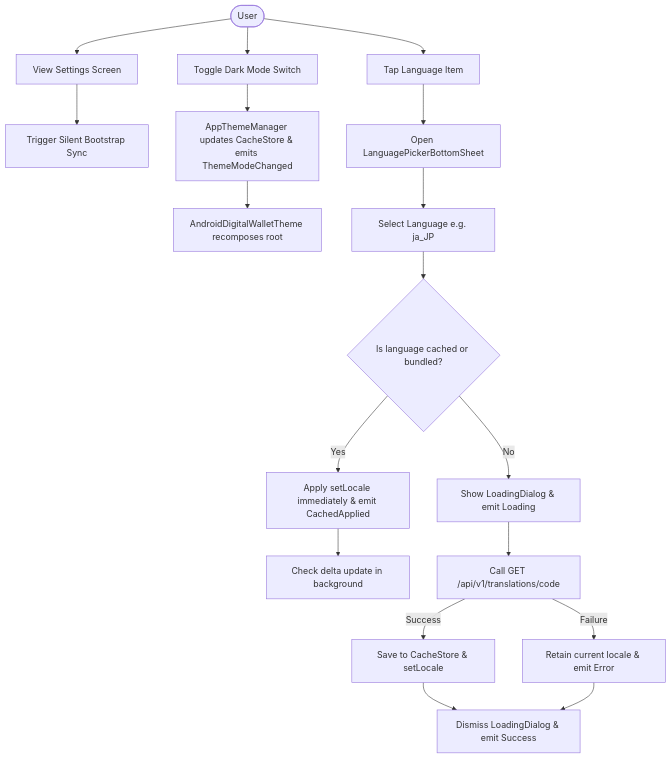
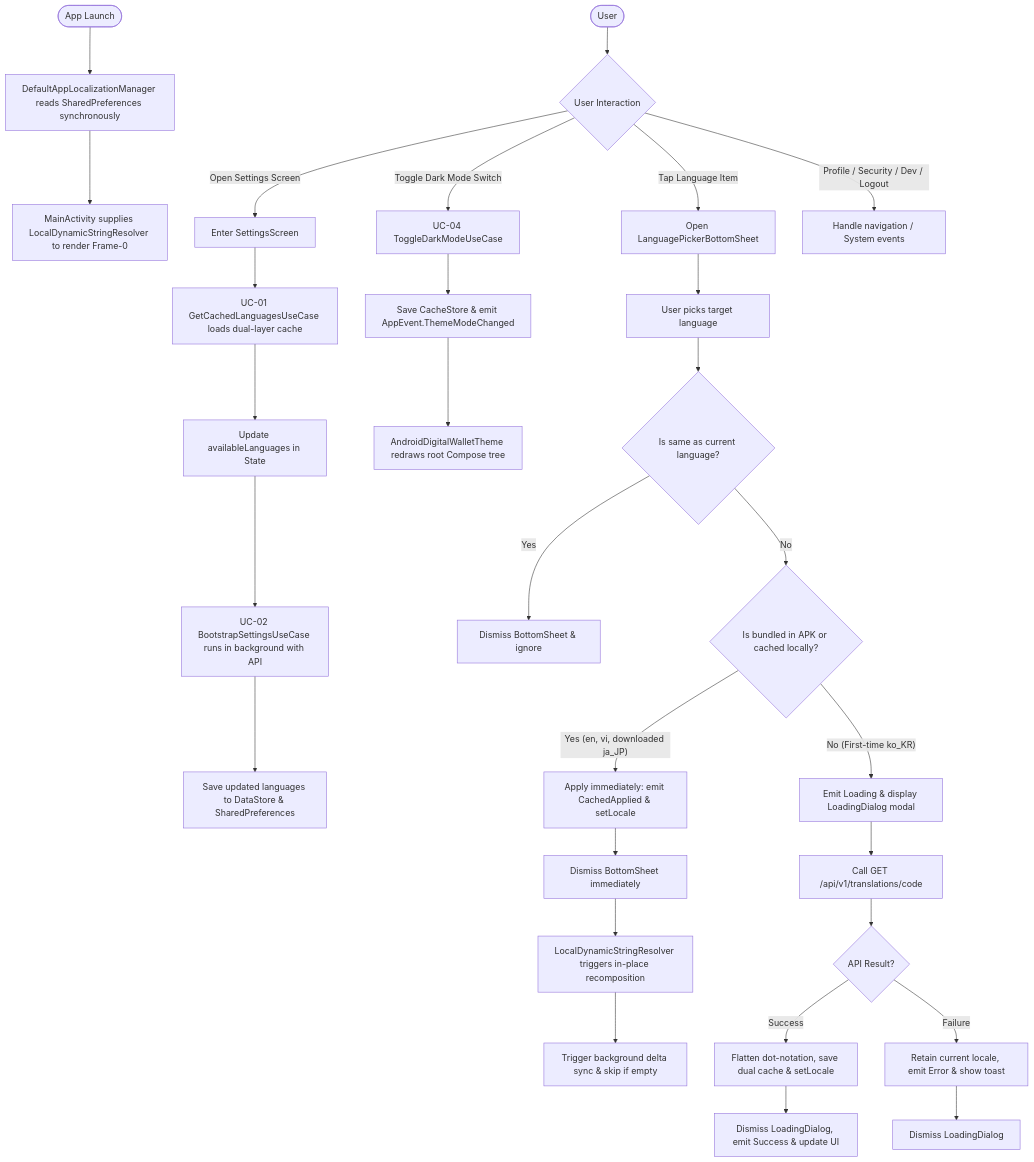
Before and after one commit to DanhDue/android_digital_wallet: the third of 6 diagrams in .devtool/epic/settings_language_darkmode/settings_language_darkmode.en.md, drawn with Mermaid. The commit also changed other lines of this file and 61 other files, not shown here.

Commit message:
[SETTINGS-LANGUAGE-DARKMODE] fix bugs and update use cases.

````diff
--- a/.devtool/epic/settings_language_darkmode/settings_language_darkmode.en.md
+++ b/.devtool/epic/settings_language_darkmode/settings_language_darkmode.en.md
@@ -62,24 +107,39 @@
 ```mermaid
 flowchart TD
-    User([User]) --> ViewSettings[View Settings Screen]
-    ViewSettings --> SilentBootstrap[Trigger Silent Bootstrap Sync]
+    StartApp([App Launch]) --> ColdStartInit[DefaultAppLocalizationManager reads SharedPreferences synchronously]
+    ColdStartInit --> RenderFrame0[MainActivity supplies LocalDynamicStringResolver to render Frame-0]
     
-    User --> ToggleTheme[Toggle Dark Mode Switch]
-    ToggleTheme --> AppThemeMgr[AppThemeManager updates CacheStore & emits ThemeModeChanged]
-    AppThemeMgr --> RecomposeApp[AndroidDigitalWalletTheme recomposes root]
+    User([User]) --> ActionChoice{User Interaction}
     
-    User --> TapLanguage[Tap Language Item]
-    TapLanguage --> OpenSheet[Open LanguagePickerBottomSheet]
-    OpenSheet --> SelectLang[Select Language e.g. ja_JP]
+    ActionChoice -->|Open Settings Screen| OpenSettings[Enter SettingsScreen]
+    OpenSettings --> LoadCached[UC-01 GetCachedLanguagesUseCase loads dual-layer cache]
+    LoadCached --> UpdateAvailableLangs[Update availableLanguages in State]
+    UpdateAvailableLangs --> RunBootstrap[UC-02 BootstrapSettingsUseCase runs in background with API]
+    RunBootstrap --> SaveDualCache[Save updated languages to DataStore & SharedPreferences]
     
-    SelectLang --> CheckCache{Is language cached or bundled?}
-    CheckCache -- Yes --> OptimisticSwitch[Apply setLocale immediately & emit CachedApplied]
-    OptimisticSwitch --> BgDelta[Check delta update in background]
+    ActionChoice -->|Toggle Dark Mode Switch| ToggleTheme[UC-04 ToggleDarkModeUseCase]
+    ToggleTheme --> SaveTheme[Save CacheStore & emit AppEvent.ThemeModeChanged]
+    SaveTheme --> RecomposeTheme[AndroidDigitalWalletTheme redraws root Compose tree]
     
-    CheckCache -- No --> ShowLoading[Show LoadingDialog & emit Loading]
-    ShowLoading --> FetchAPI[Call GET /api/v1/translations/code]
-    FetchAPI -- Success --> CacheLocal[Save to CacheStore & setLocale]
-    CacheLocal --> DismissLoading[Dismiss LoadingDialog & emit Success]
-    FetchAPI -- Failure --> Rollback[Retain current locale & emit Error]
-    Rollback --> DismissLoading
+    ActionChoice -->|Tap Language Item| OpenPicker[Open LanguagePickerBottomSheet]
+    OpenPicker --> SelectLang[User picks target language]
+    
+    SelectLang --> CheckSame{Is same as current language?}
+    CheckSame -- Yes --> ClosePicker[Dismiss BottomSheet & ignore]
+    CheckSame -- No --> CheckCached{Is bundled in APK or cached locally?}
+    
+    CheckCached -- Yes (en, vi, downloaded ja_JP) --> OptimisticPath[Apply immediately: emit CachedApplied & setLocale]
+    OptimisticPath --> ClosePickerSuccess[Dismiss BottomSheet immediately]
+    ClosePickerSuccess --> RecomposeInPlace[LocalDynamicStringResolver triggers in-place recomposition]
+    RecomposeInPlace --> SilentDeltaCheck[Trigger background delta sync & skip if empty]
+    
+    CheckCached -- No (First-time ko_KR) --> LoadingPath[Emit Loading & display LoadingDialog modal]
+    LoadingPath --> CallOTAAPI[Call GET /api/v1/translations/code]
+    CallOTAAPI --> CheckAPIResult{API Result?}
+    CheckAPIResult -- Success --> FlattenSave[Flatten dot-notation, save dual cache & setLocale]
+    FlattenSave --> DismissLoadingSuccess[Dismiss LoadingDialog, emit Success & update UI]
+    CheckAPIResult -- Failure --> Rollback[Retain current locale, emit Error & show toast]
+    Rollback --> DismissLoadingFail[Dismiss LoadingDialog]
+    
+    ActionChoice -->|Profile / Security / Dev / Logout| OtherActions[Handle navigation / System events]
 ```
````
